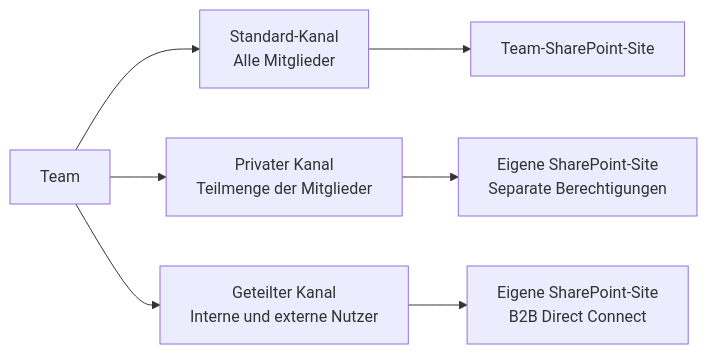
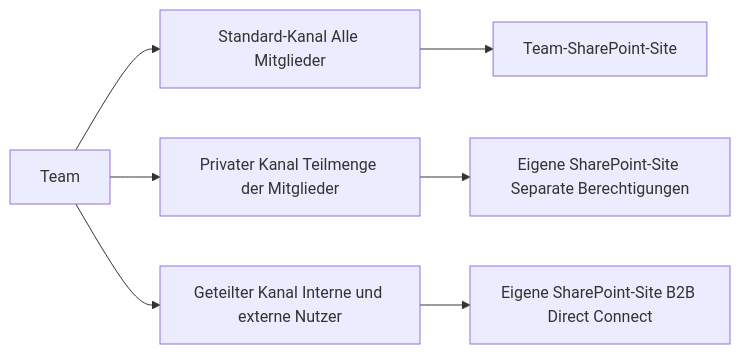
The second of 3 diagrams in Microsoft 365/Teams/Teams Grundlagen.md (SoniiiT/notes-n-docs), drawn with Mermaid before and after one commit. The commit also changed other lines of this file and 124 other files, not shown here.

First line of the commit message:
fix: Entferne \n aus allen Mermaid-Diagrammen (125 Dateien)

````diff
--- a/Microsoft 365/Teams/Teams Grundlagen.md
+++ b/Microsoft 365/Teams/Teams Grundlagen.md
@@ -92,9 +92,9 @@
 ```mermaid
 graph LR
-    T[Team] --> SC[Standard-Kanal\nAlle Mitglieder]
-    T --> PC[Privater Kanal\nTeilmenge der Mitglieder]
-    T --> SHC[Geteilter Kanal\nInterne und externe Nutzer]
+    T[Team] --> SC[Standard-Kanal Alle Mitglieder]
+    T --> PC[Privater Kanal Teilmenge der Mitglieder]
+    T --> SHC[Geteilter Kanal Interne und externe Nutzer]
     SC --> SPT[Team-SharePoint-Site]
-    PC --> PCS[Eigene SharePoint-Site\nSeparate Berechtigungen]
-    SHC --> SHCS[Eigene SharePoint-Site\nB2B Direct Connect]
+    PC --> PCS[Eigene SharePoint-Site Separate Berechtigungen]
+    SHC --> SHCS[Eigene SharePoint-Site B2B Direct Connect]
 ```
````
